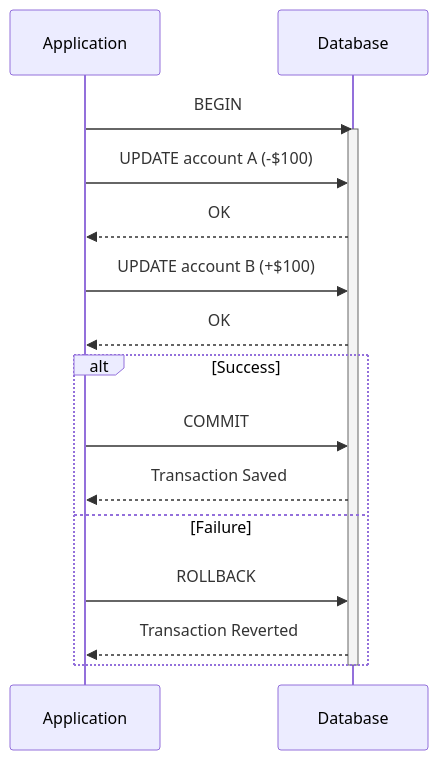
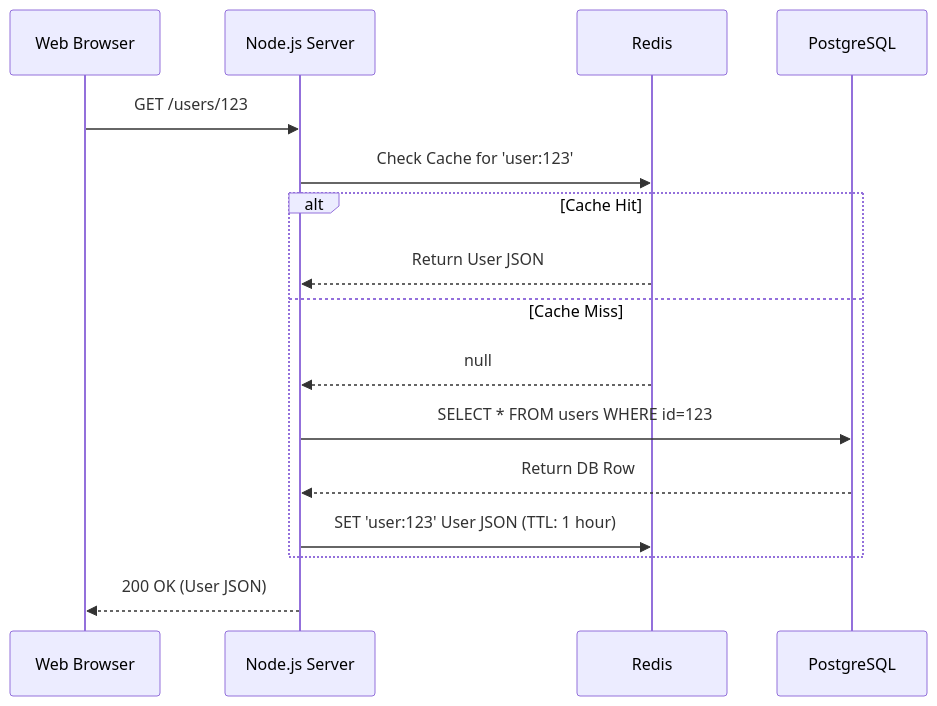
Before and after one commit to Enggvault/Full-stack: the sixth of 7 diagrams in 08-databases/notes.md, drawn with Mermaid. The commit also changed other lines of this file, not shown here.

Commit message:
refactor: consolidate and streamline database documentation notes for better clarity

````diff
--- a/08-databases/notes.md
+++ b/08-databases/notes.md
@@ -1238,19 +1291,21 @@
 ```mermaid
 sequenceDiagram
-    participant App as Application
-    participant DB as Database
-    App->>DB: BEGIN
-    activate DB
-    App->>DB: UPDATE account A (-$100)
-    DB-->>App: OK
-    App->>DB: UPDATE account B (+$100)
-    DB-->>App: OK
-    alt Success
-        App->>DB: COMMIT
-        DB-->>App: Transaction Saved
-    else Failure
-        App->>DB: ROLLBACK
-        DB-->>App: Transaction Reverted
+    participant Client as Web Browser
+    participant API as Node.js Server
+    participant Cache as Redis
+    participant DB as PostgreSQL
+    
+    Client->>API: GET /users/123
+    API->>Cache: Check Cache for 'user:123'
+    
+    alt Cache Hit
+        Cache-->>API: Return User JSON
+    else Cache Miss
+        Cache-->>API: null
+        API->>DB: SELECT * FROM users WHERE id=123
+        DB-->>API: Return DB Row
+        API->>Cache: SET 'user:123' User JSON (TTL: 1 hour)
     end
-    deactivate DB
+    
+    API-->>Client: 200 OK (User JSON)
 ```
````
